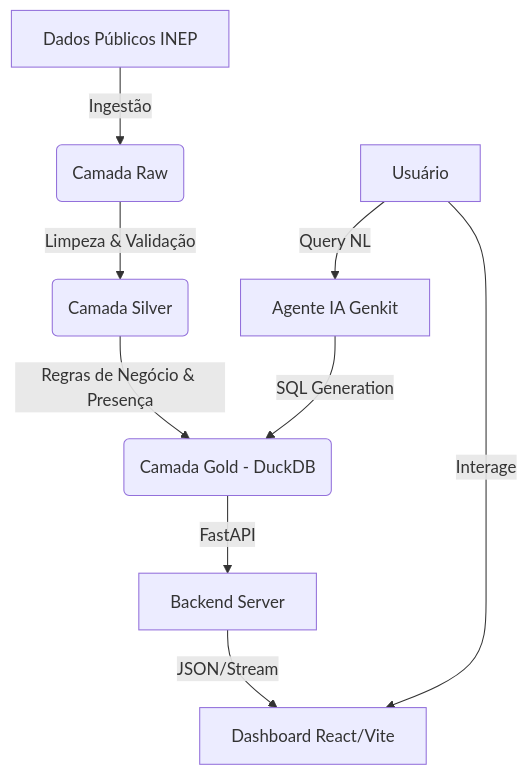
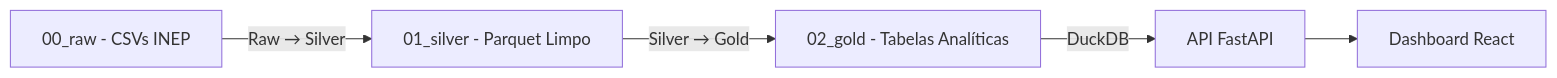
One commit to Douglas0101/Projeto_Enem_Data_Robotics_V2 changed the diagram in README.md. Above: the diagram before and after it, drawn with Mermaid. The commit also changed other lines of this file and 2 other files, not shown here.

````diff
--- a/README.md
+++ b/README.md
@@ -75,11 +139,7 @@
 ```mermaid
-graph TD
-    A[Dados Públicos INEP] -->|Ingestão| B(Camada Raw)
-    B -->|Limpeza & Validação| C(Camada Silver)
-    C -->|Regras de Negócio & Presença| D(Camada Gold - DuckDB)
-    D -->|FastAPI| E[Backend Server]
-    E -->|JSON/Stream| F[Dashboard React/Vite]
-    G[Usuário] -->|Interage| F
-    G -->|Query NL| H[Agente IA Genkit]
-    H -->|SQL Generation| D
+graph LR
+    A[00_raw - CSVs INEP] -->|Raw → Silver| B[01_silver - Parquet Limpo]
+    B -->|Silver → Gold| C[02_gold - Tabelas Analíticas]
+    C -->|DuckDB| D[API FastAPI]
+    D --> E[Dashboard React]
 ```
````
